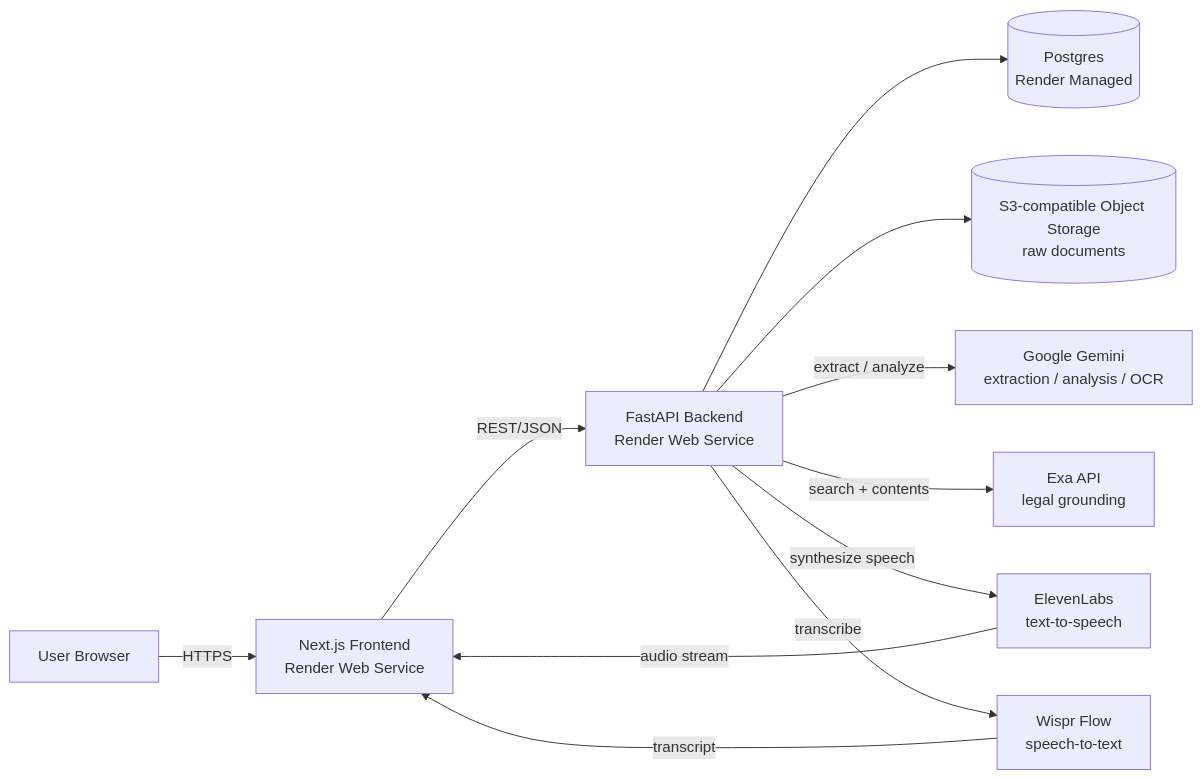
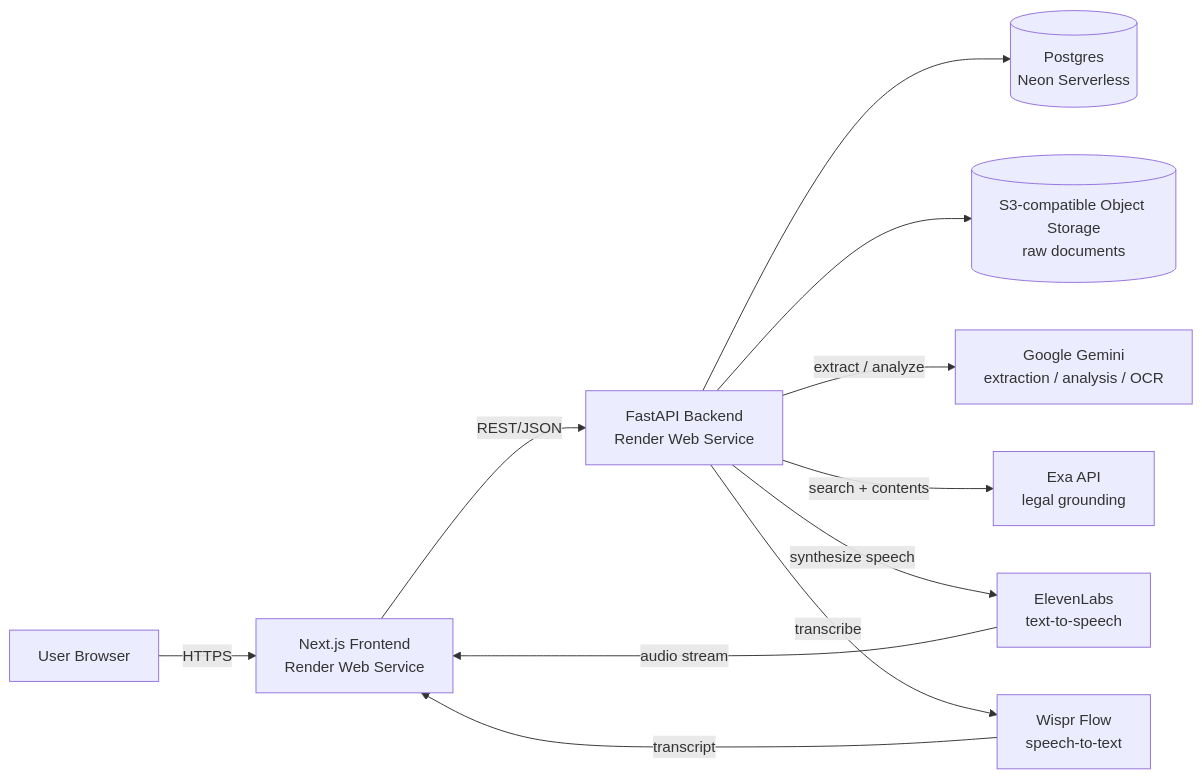
The first of 3 diagrams in lexo/docs/SYSTEM_DESIGN.md (DhrumilPrajapati03/VectorMinds), drawn with Mermaid before and after one commit. The commit also changed other lines of this file and 17 other files, not shown here.

````diff
--- a/lexo/docs/SYSTEM_DESIGN.md
+++ b/lexo/docs/SYSTEM_DESIGN.md
@@ -21,23 +21,23 @@
 ```mermaid
 flowchart LR
     User[User Browser]
     FE[Next.js Frontend<br/>Render Web Service]
     BE[FastAPI Backend<br/>Render Web Service]
-    DB[(Postgres<br/>Render Managed)]
+    DB[(Postgres<br/>Neon Serverless)]
     Blob[(S3-compatible Object Storage<br/>raw documents)]
     Gemini[Google Gemini<br/>extraction / analysis / OCR]
     Exa[Exa API<br/>legal grounding]
     Eleven[ElevenLabs<br/>text-to-speech]
     Wispr[Wispr Flow<br/>speech-to-text]
 
     User -->|HTTPS| FE
     FE -->|REST/JSON| BE
     BE --> DB
     BE --> Blob
     BE -->|extract / analyze| Gemini
     BE -->|search + contents| Exa
     BE -->|synthesize speech| Eleven
     BE -->|transcribe| Wispr
     Eleven -->|audio stream| FE
     Wispr -->|transcript| FE
 ```
````
